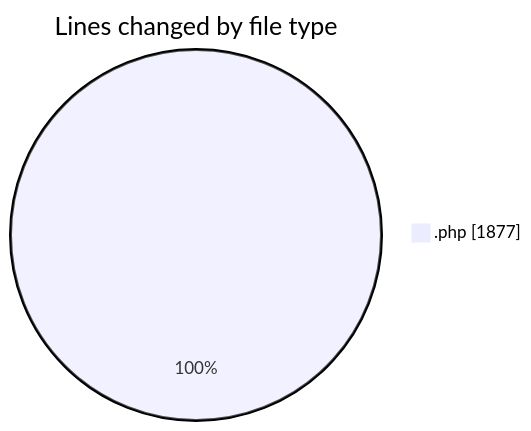
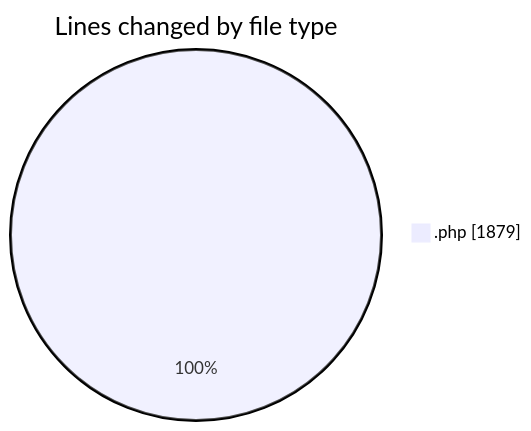
Before and after one commit to debugP/code-tracking: the first of 2 diagrams in 2025-10-02/untitled__workspace_/README.md, drawn with Mermaid. The commit also changed other lines of this file and 1 other file, not shown here.

````diff
--- a/2025-10-02/untitled__workspace_/README.md
+++ b/2025-10-02/untitled__workspace_/README.md
@@ -21,5 +21,5 @@
 ```mermaid
 pie showData
 title Lines changed by file type
-".php" : 1877
+".php" : 1879
 ```
````
